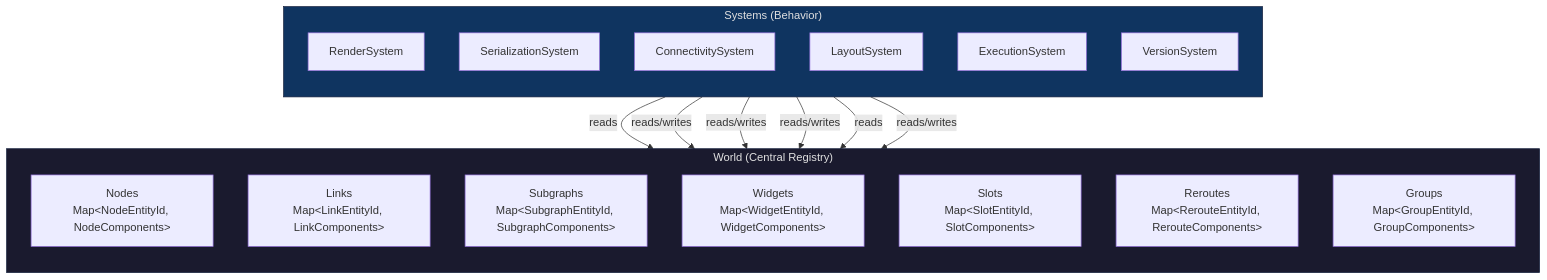
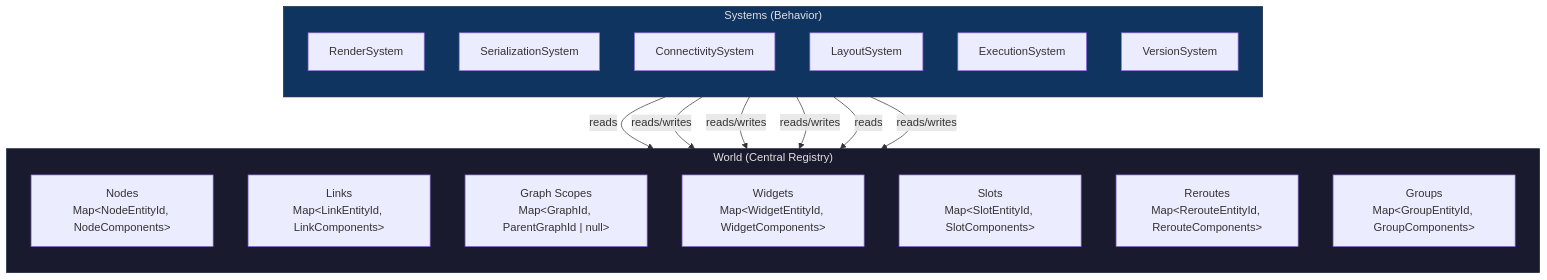
The first of 12 diagrams in docs/architecture/ecs-target-architecture.md (Comfy-Org/ComfyUI_frontend), drawn with Mermaid before and after one commit. The commit also changed other lines of this file and 6 other files, not shown here.

First line of the commit message:
docs: add subgraph boundaries doc, unify graph model across ECS architecture

````diff
--- a/docs/architecture/ecs-target-architecture.md
+++ b/docs/architecture/ecs-target-architecture.md
@@ -9,40 +9,40 @@
 ```mermaid
 graph TD
     subgraph World["World (Central Registry)"]
         direction TB
         NodeStore["Nodes
 Map&lt;NodeEntityId, NodeComponents&gt;"]
         LinkStore["Links
 Map&lt;LinkEntityId, LinkComponents&gt;"]
-        SubgraphStore["Subgraphs
-Map&lt;SubgraphEntityId, SubgraphComponents&gt;"]
+        ScopeRegistry["Graph Scopes
+Map&lt;GraphId, ParentGraphId | null&gt;"]
         WidgetStore["Widgets
 Map&lt;WidgetEntityId, WidgetComponents&gt;"]
         SlotStore["Slots
 Map&lt;SlotEntityId, SlotComponents&gt;"]
         RerouteStore["Reroutes
 Map&lt;RerouteEntityId, RerouteComponents&gt;"]
         GroupStore["Groups
 Map&lt;GroupEntityId, GroupComponents&gt;"]
     end
 
     subgraph Systems["Systems (Behavior)"]
         direction TB
         RS["RenderSystem"]
         SS["SerializationSystem"]
         CS["ConnectivitySystem"]
         LS["LayoutSystem"]
         ES["ExecutionSystem"]
         VS["VersionSystem"]
     end
 
     RS -->|reads| World
     SS -->|reads/writes| World
     CS -->|reads/writes| World
     LS -->|reads/writes| World
     ES -->|reads| World
     VS -->|reads/writes| World
 
     style World fill:#1a1a2e,stroke:#16213e,color:#e0e0e0
     style Systems fill:#0f3460,stroke:#16213e,color:#e0e0e0
 ```
````
